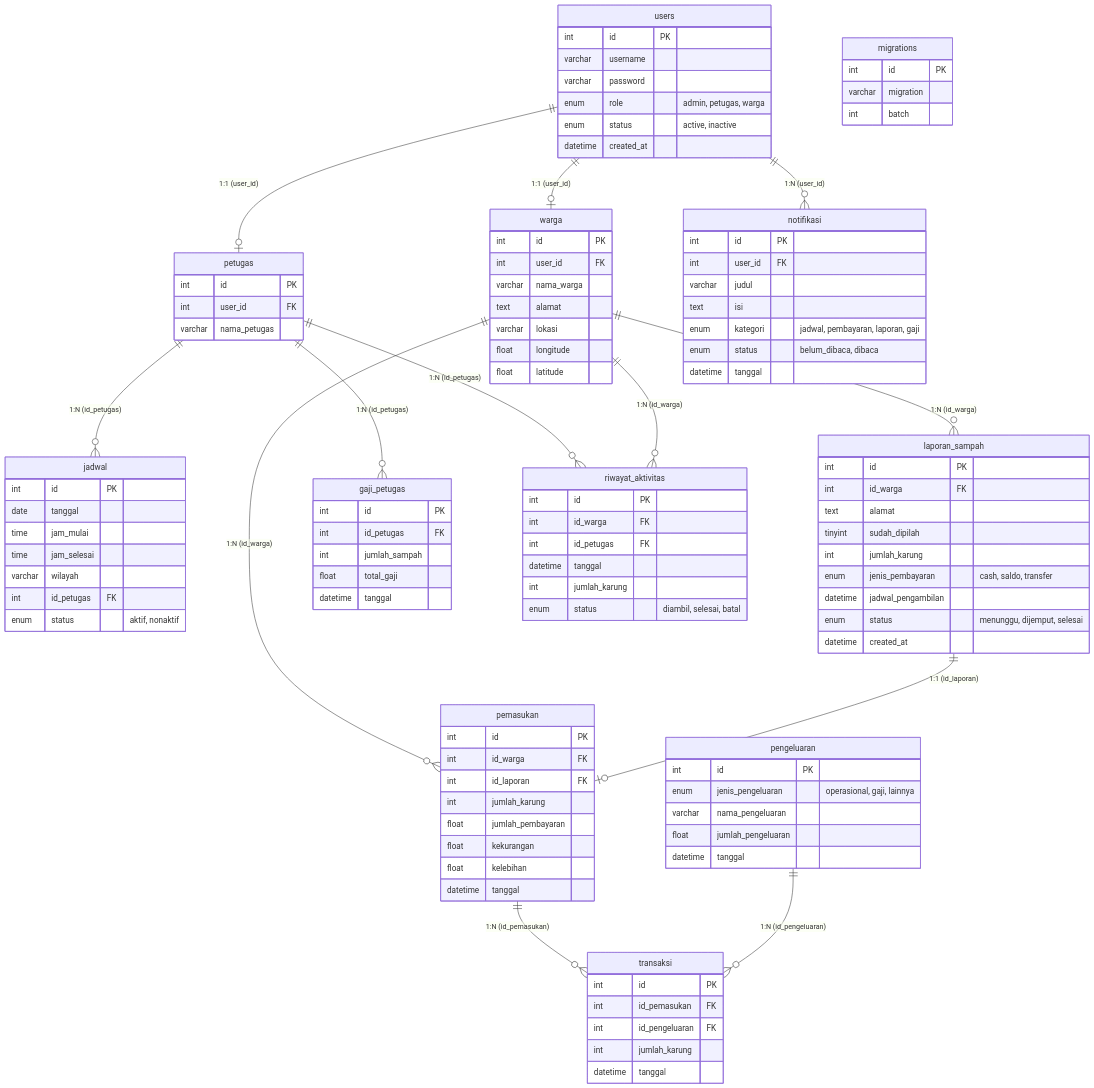
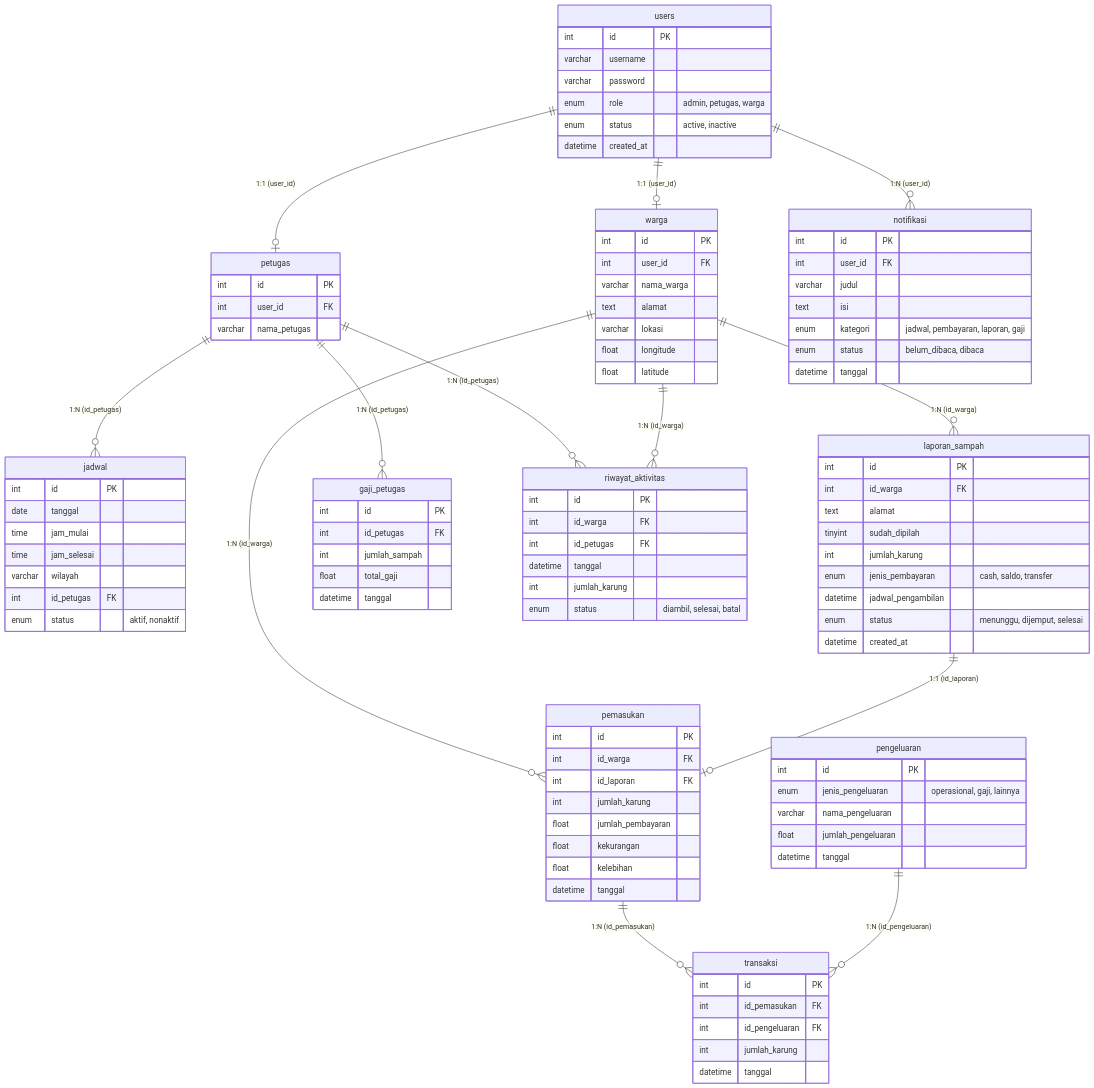
The second of 2 diagrams in README.md (AgielF/sps-app), drawn with Mermaid before and after one commit. The commit also changed other lines of this file, not shown here.

```diff
--- a/README.md
+++ b/README.md
@@ -205,12 +228,6 @@
         int jumlah_karung
         enum status "diambil, selesai, batal"
     }
-    
-    migrations {
-        int id PK
-        varchar migration
-        int batch
-    }
 
     users ||--o| warga : "1:1 (user_id)"
     users ||--o| petugas : "1:1 (user_id)"
```
